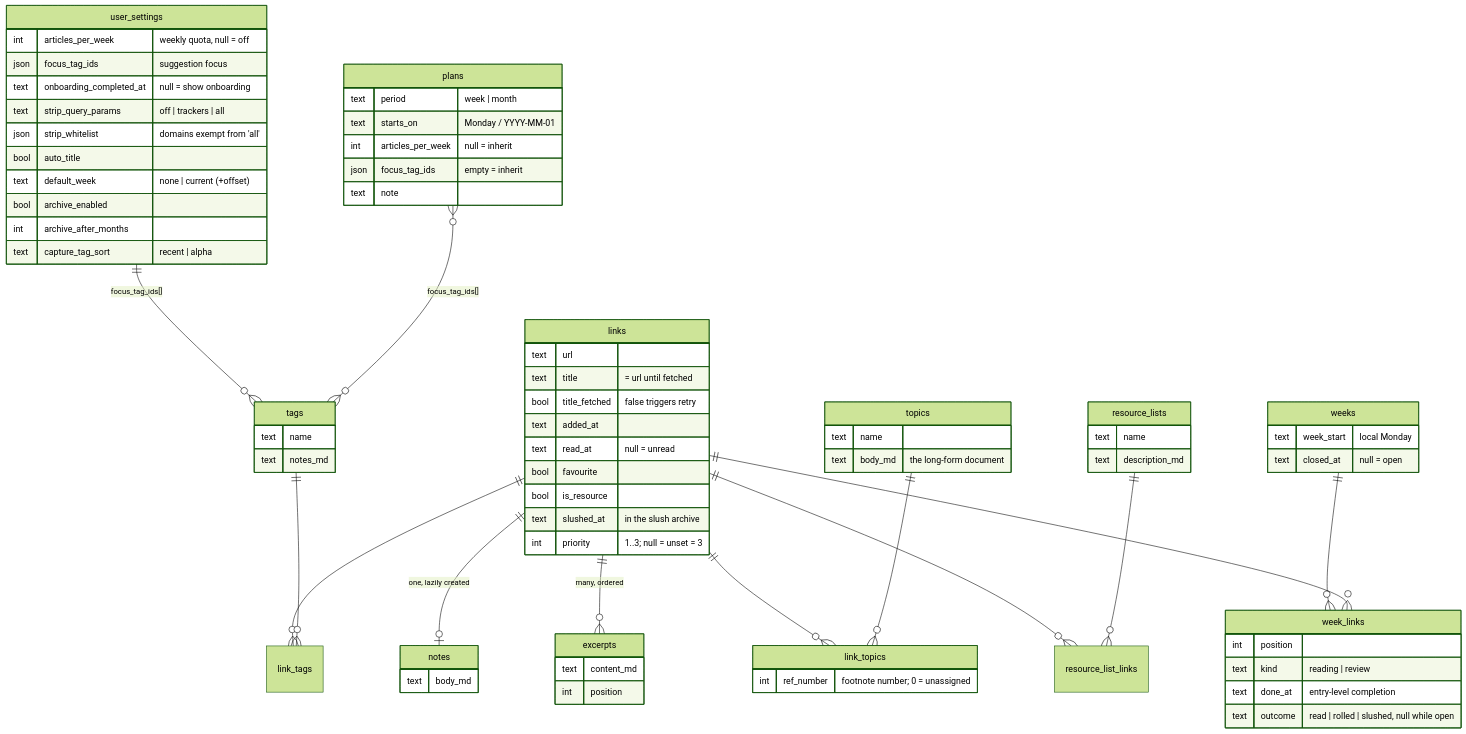
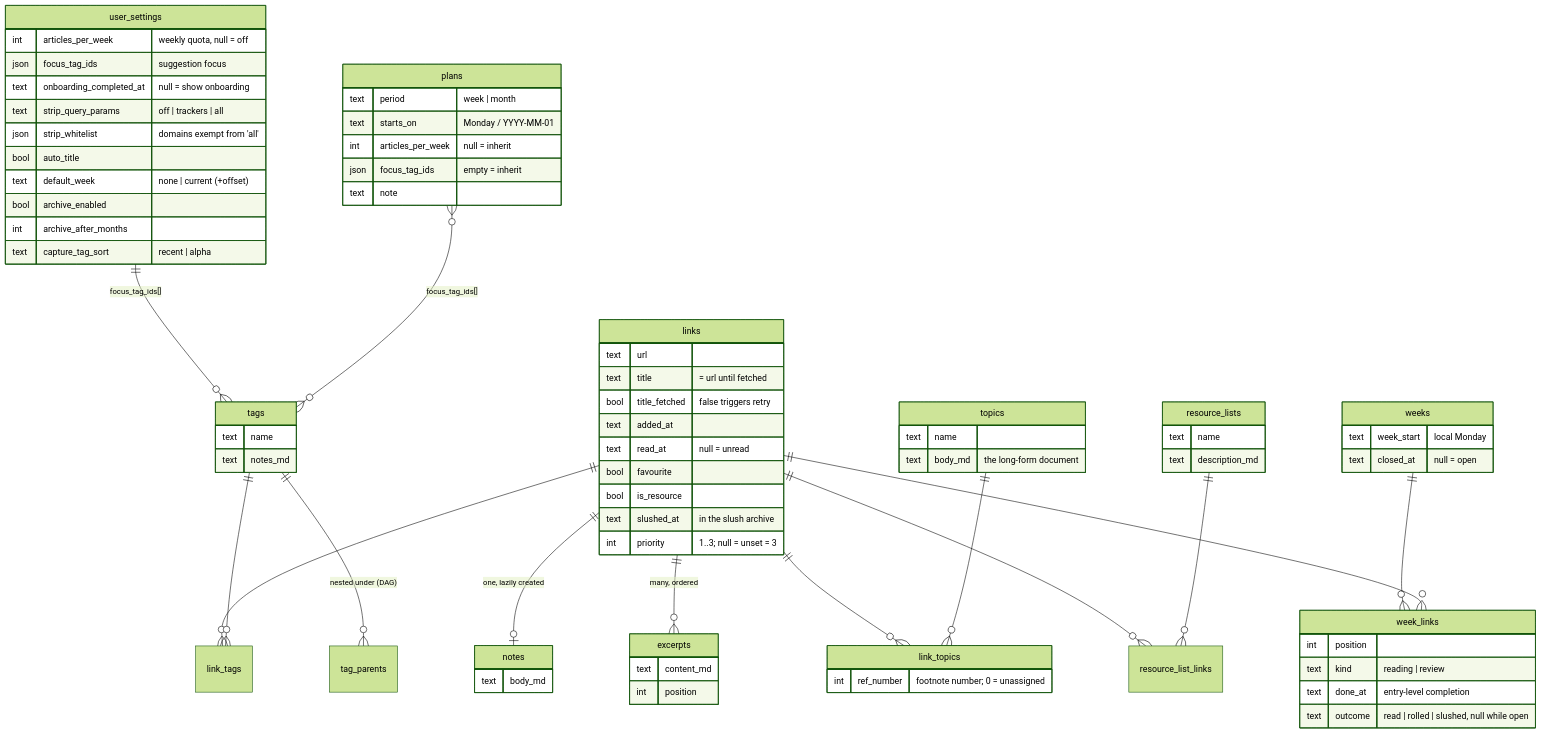
The first of 2 diagrams in docs/dev/data-model.md (Kieran-s-Artisnal-Slop-Factory/readerr), drawn with Mermaid (forest theme) before and after one commit. The commit also changed other lines of this file and 22 other files, not shown here.

````diff
--- a/docs/dev/data-model.md
+++ b/docs/dev/data-model.md
@@ -38,64 +38,65 @@
 ```mermaid
 erDiagram
     user_settings ||--o{ tags : "focus_tag_ids[]"
     plans }o--o{ tags : "focus_tag_ids[]"
     links ||--o| notes : "one, lazily created"
     links ||--o{ excerpts : "many, ordered"
     links ||--o{ link_tags : ""
     tags  ||--o{ link_tags : ""
+    tags  ||--o{ tag_parents : "nested under (DAG)"
     links ||--o{ link_topics : ""
     topics ||--o{ link_topics : ""
     links ||--o{ resource_list_links : ""
     resource_lists ||--o{ resource_list_links : ""
     weeks ||--o{ week_links : ""
     links ||--o{ week_links : ""
 
     user_settings {
         int articles_per_week "weekly quota, null = off"
         json focus_tag_ids "suggestion focus"
         text onboarding_completed_at "null = show onboarding"
         text strip_query_params "off | trackers | all"
         json strip_whitelist "domains exempt from 'all'"
         bool auto_title
         text default_week "none | current (+offset)"
         bool archive_enabled
         int archive_after_months
         text capture_tag_sort "recent | alpha"
     }
     plans {
         text period "week | month"
         text starts_on "Monday / YYYY-MM-01"
         int articles_per_week "null = inherit"
         json focus_tag_ids "empty = inherit"
         text note
     }
     links {
         text url
         text title "= url until fetched"
         bool title_fetched "false triggers retry"
         text added_at
         text read_at "null = unread"
         bool favourite
         bool is_resource
         text slushed_at "in the slush archive"
         int priority "1..3; null = unset = 3"
     }
     notes { text body_md }
     excerpts { text content_md
                int position }
     tags { text name
            text notes_md }
     topics { text name
              text body_md "the long-form document" }
     link_topics { int ref_number "footnote number; 0 = unassigned" }
     resource_lists { text name
                      text description_md }
     weeks { text week_start "local Monday"
             text closed_at "null = open" }
     week_links {
         int position
         text kind "reading | review"
         text done_at "entry-level completion"
         text outcome "read | rolled | slushed, null while open"
     }
 ```
````
